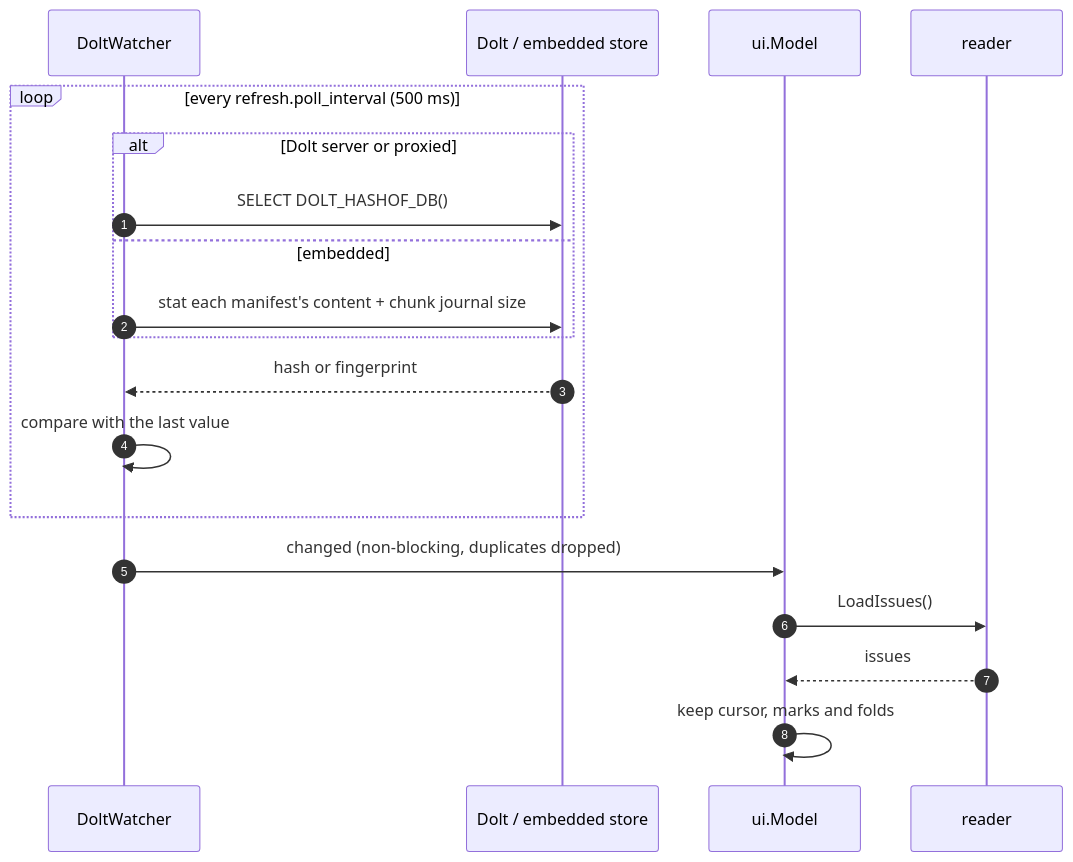
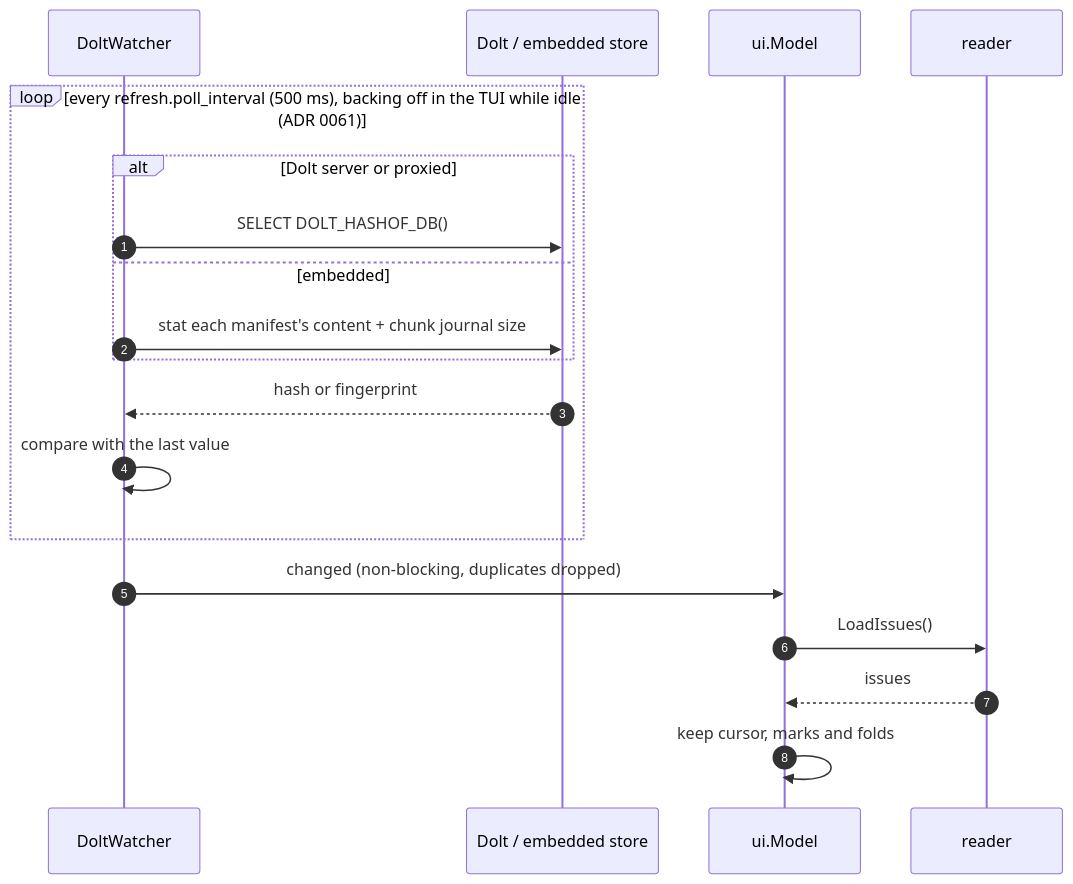
One commit to elmpp/b9s changed the seventh of 20 diagrams in docs/data-io.md. Above: the diagram before and after it, drawn with Mermaid. The commit also changed 13 other files, not shown here.

First line of the commit message:
perf(watch): back off the Dolt poll while the user is idle

````diff
--- a/docs/data-io.md
+++ b/docs/data-io.md
@@ -247,21 +247,21 @@
 ```mermaid
 sequenceDiagram
     autonumber
     participant W as DoltWatcher
     participant D as Dolt / embedded store
     participant UI as ui.Model
     participant R as reader
-    loop every refresh.poll_interval (500 ms)
+    loop every refresh.poll_interval (500 ms), backing off in the TUI while idle (ADR 0061)
         alt Dolt server or proxied
             W->>D: SELECT DOLT_HASHOF_DB()
         else embedded
             W->>D: stat each manifest's content + chunk journal size
         end
         D-->>W: hash or fingerprint
         W->>W: compare with the last value
     end
     W->>UI: changed (non-blocking, duplicates dropped)
     UI->>R: LoadIssues()
     R-->>UI: issues
     UI->>UI: keep cursor, marks and folds
 ```
````
